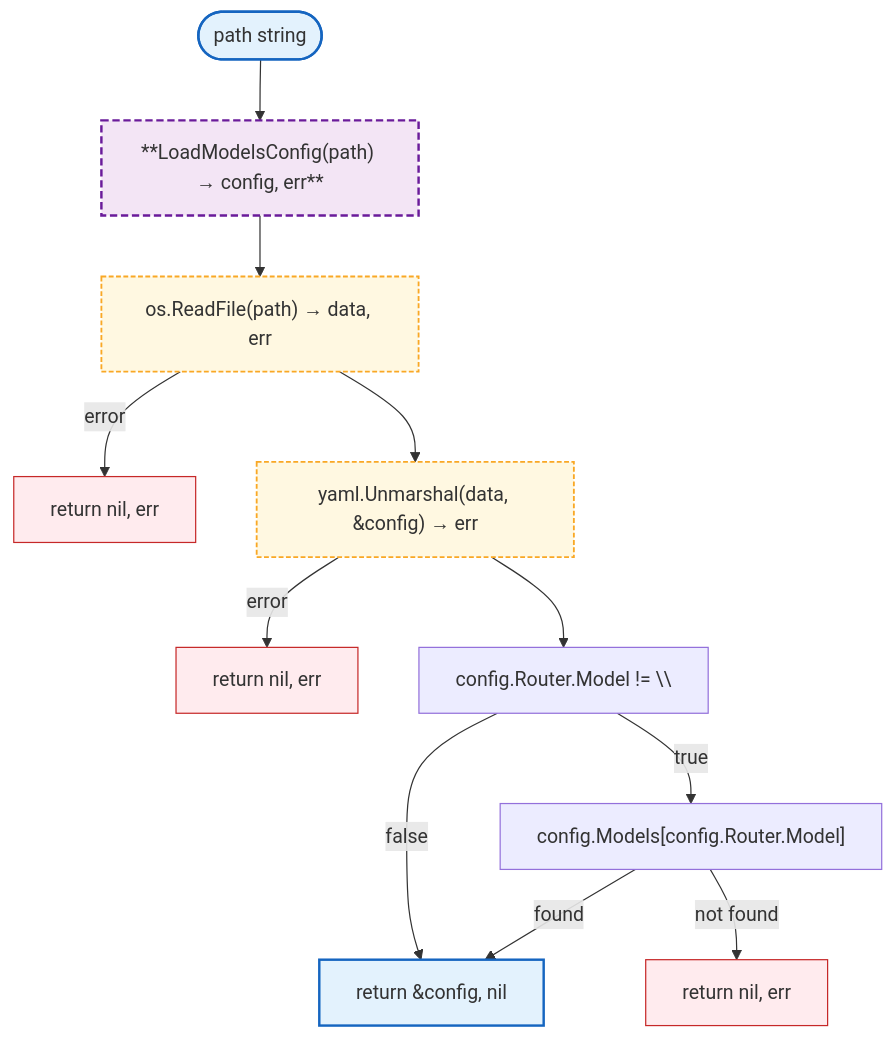
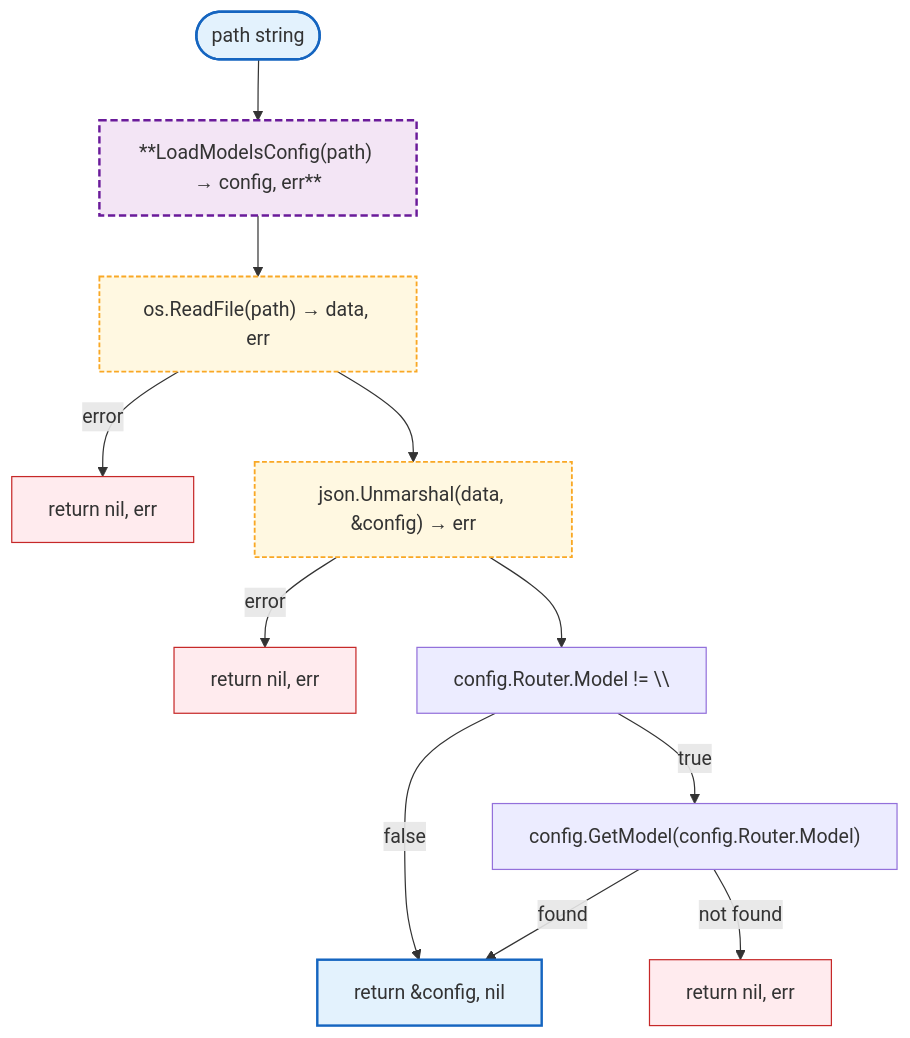
Before and after one commit to radch-ai/ava: the first of 8 diagrams in docs/config/models.md, drawn with Mermaid. The commit also changed other lines of this file and 8 other files, not shown here.

````diff
--- a/docs/config/models.md
+++ b/docs/config/models.md
@@ -40,26 +53,26 @@
 ```mermaid
 flowchart TB
     Start([path string]) --> HLoadConfig["**LoadModelsConfig(path) → config, err**"]
     HLoadConfig --> ReadFile["os.ReadFile(path) → data, err"]
     ReadFile -->|error| ERead["return nil, err"]
-    ReadFile --> Unmarshal["yaml.Unmarshal(data, &config) → err"]
+    ReadFile --> Unmarshal["json.Unmarshal(data, &config) → err"]
     Unmarshal -->|error| EParse["return nil, err"]
     Unmarshal --> CheckRouter["config.Router.Model != \"\""]
     CheckRouter -->|false| Success["return &config, nil"]
-    CheckRouter -->|true| Lookup["config.Models[config.Router.Model]"]
+    CheckRouter -->|true| Lookup["config.GetModel(config.Router.Model)"]
     Lookup -->|not found| ELookup["return nil, err"]
     Lookup -->|found| Success
 
     click ReadFile href "https://pkg.go.dev/os#ReadFile"
-    click Unmarshal href "https://pkg.go.dev/gopkg.in/yaml.v3#Unmarshal"
+    click Unmarshal href "https://pkg.go.dev/encoding/json#Unmarshal"
 
     classDef mainFn fill:#e3f2fd,stroke:#1565c0,stroke-width:2px
     classDef internalFn fill:#f3e5f5,stroke:#6a1b9a,stroke-width:2px,stroke-dasharray:6 3
     classDef localPkgs fill:#fff8e1,stroke:#f9a825,stroke-width:1.5px,stroke-dasharray:4 2
     classDef errorFlow fill:#ffebee,stroke:#c62828,stroke-width:1px
 
     class Start,Success mainFn
     class HLoadConfig internalFn
     class ReadFile,Unmarshal localPkgs
     class ERead,EParse,ELookup errorFlow
 ```
````
